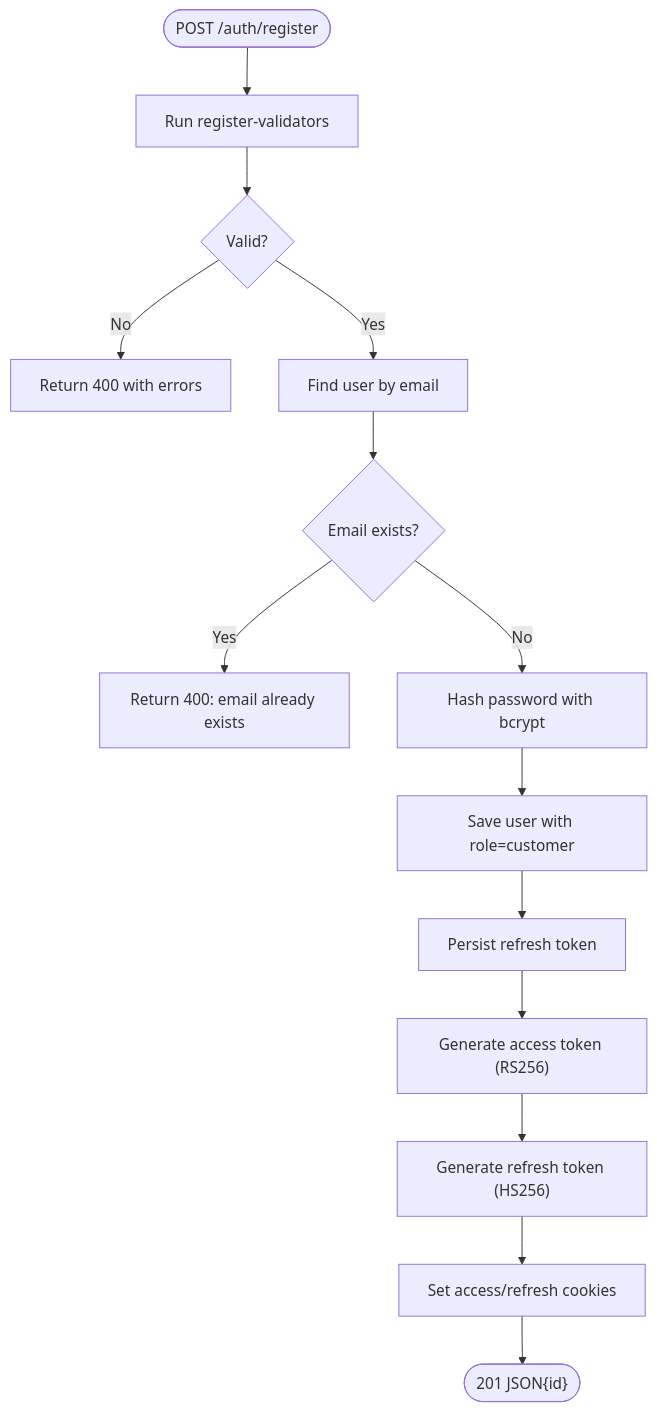
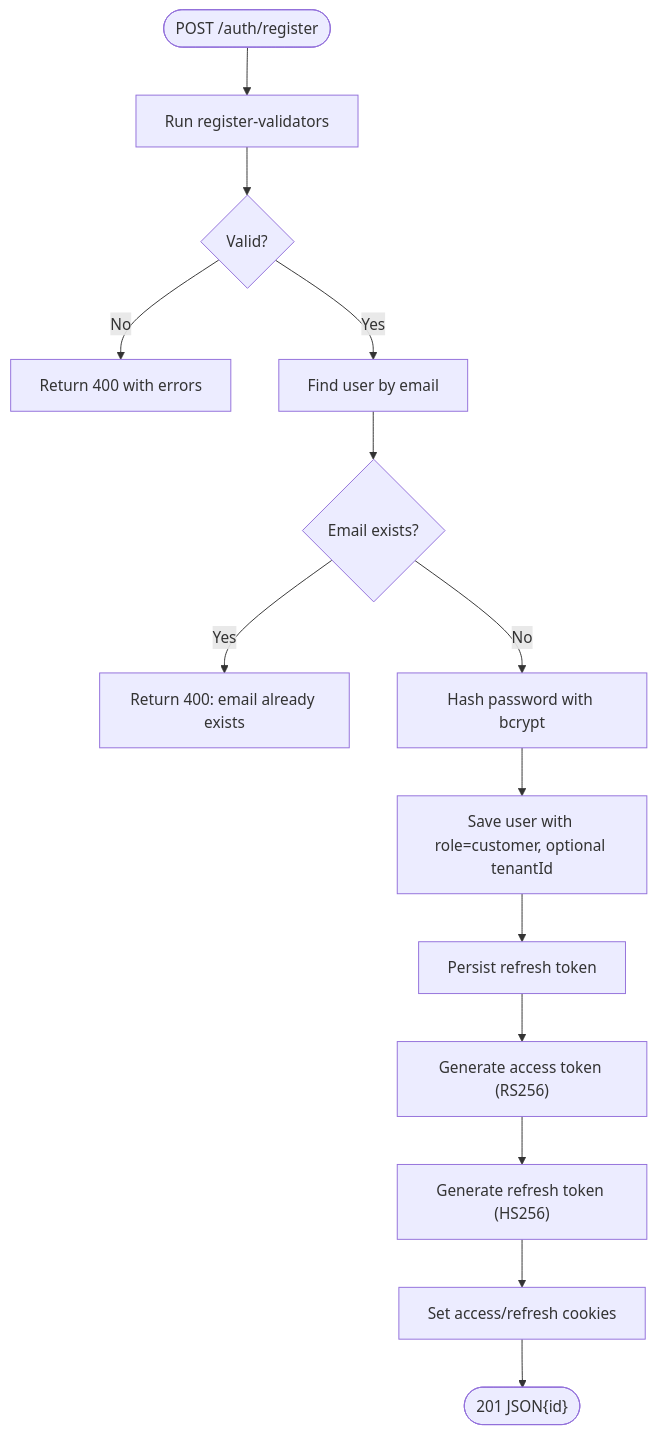
Before and after one commit to Trampoline999/mernspace-c-auth-service: the fourth of 7 diagrams in .qoder/repowiki/en/content/User Management/User Management.md, drawn with Mermaid. The commit also changed other lines of this file and 47 other files, not shown here.

First line of the commit message:
feat(auth): add role-based access control and multi-tenant support

````diff
--- a/.qoder/repowiki/en/content/User Management/User Management.md
+++ b/.qoder/repowiki/en/content/User Management/User Management.md
@@ -245,16 +265,16 @@
 ```mermaid
 flowchart TD
 Start(["POST /auth/register"]) --> Validate["Run register-validators"]
 Validate --> Valid{"Valid?"}
 Valid --> |No| Err400["Return 400 with errors"]
 Valid --> |Yes| FindUser["Find user by email"]
 FindUser --> Exists{"Email exists?"}
 Exists --> |Yes| ErrDup["Return 400: email already exists"]
 Exists --> |No| Hash["Hash password with bcrypt"]
-Hash --> Save["Save user with role=customer"]
+Hash --> Save["Save user with role=customer, optional tenantId"]
 Save --> PersistRT["Persist refresh token"]
 PersistRT --> GenAcc["Generate access token (RS256)"]
 GenAcc --> GenRef["Generate refresh token (HS256)"]
 GenRef --> Cookies["Set access/refresh cookies"]
 Cookies --> Done(["201 JSON{id}"])
 ```
````
